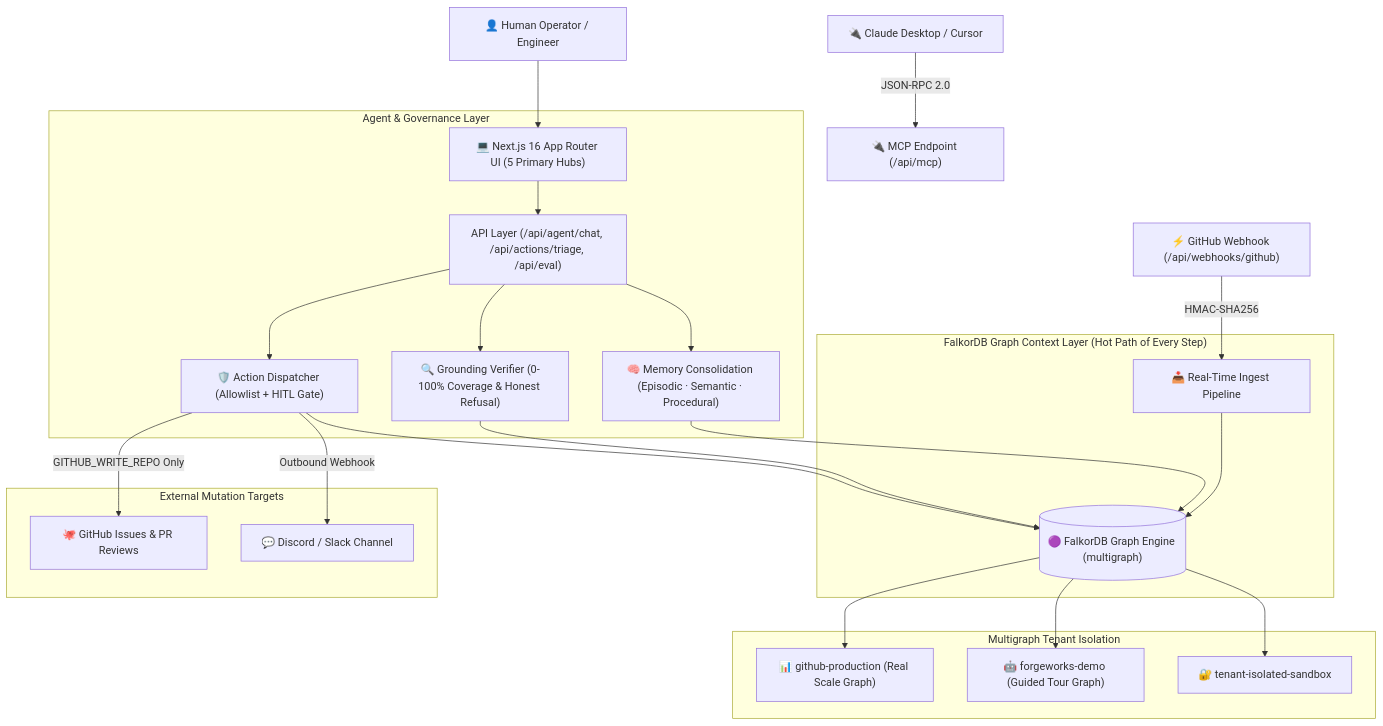
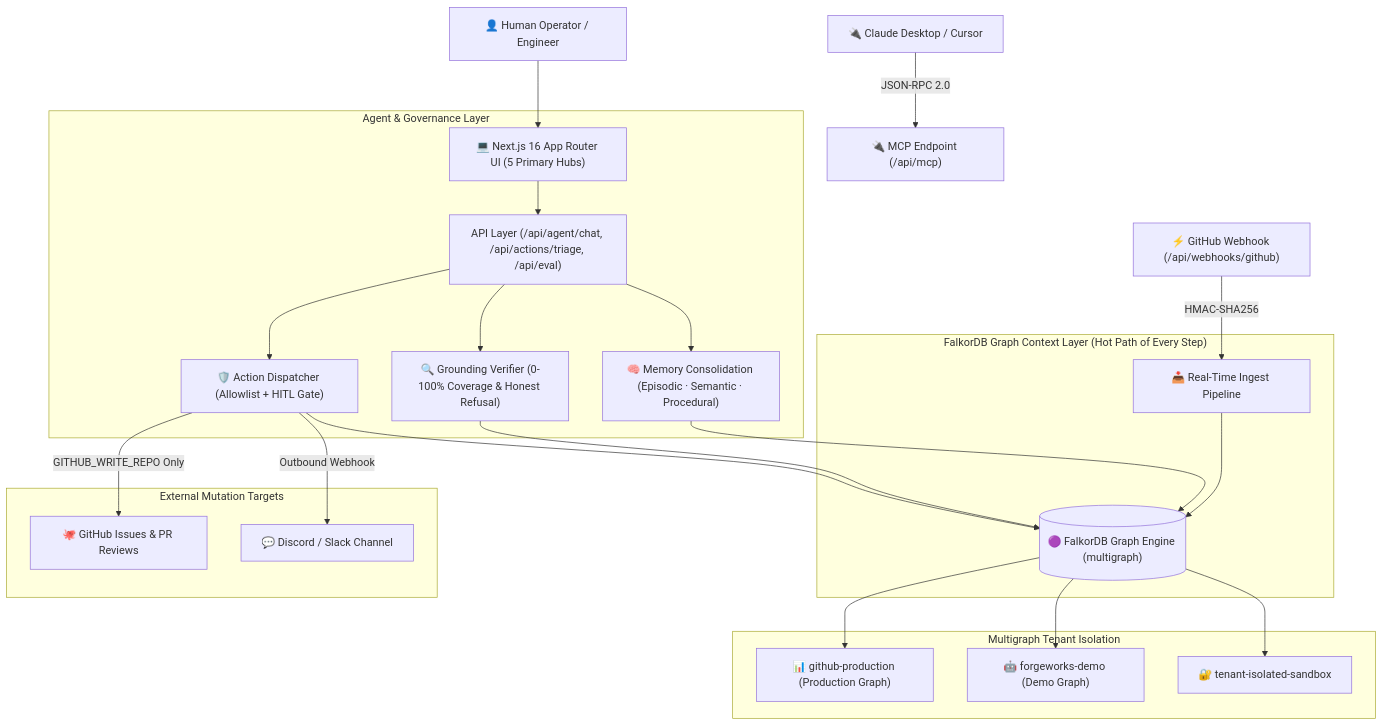
One commit to napraveen/Helix changed the diagram in README.md. Above: the diagram before and after it, drawn with Mermaid. The commit also changed other lines of this file and 1 other file, not shown here.

````diff
--- a/README.md
+++ b/README.md
@@ -83,31 +81,31 @@
 ```mermaid
 flowchart TD
     User["👤 Human Operator / Engineer"] --> UI["💻 Next.js 16 App Router UI (5 Primary Hubs)"]
     MCPClient["🔌 Claude Desktop / Cursor"] -->|JSON-RPC 2.0| MCPServer["🔌 MCP Endpoint (/api/mcp)"]
     GitHubWebhook["⚡ GitHub Webhook (/api/webhooks/github)"] -->|HMAC-SHA256| Ingest["📥 Real-Time Ingest Pipeline"]
 
     subgraph "Agent & Governance Layer"
         UI --> API["API Layer (/api/agent/chat, /api/actions/triage, /api/eval)"]
         API --> Dispatcher["🛡️ Action Dispatcher (Allowlist + HITL Gate)"]
         API --> Grounding["🔍 Grounding Verifier (0-100% Coverage & Honest Refusal)"]
         API --> Memory["🧠 Memory Consolidation (Episodic · Semantic · Procedural)"]
     end
 
     subgraph "FalkorDB Graph Context Layer (Hot Path of Every Step)"
         Dispatcher --> FalkorDB[("🟣 FalkorDB Graph Engine (multigraph)")]
         Grounding --> FalkorDB
         Memory --> FalkorDB
         Ingest --> FalkorDB
     end
 
     subgraph "Multigraph Tenant Isolation"
-        FalkorDB --> Tenant1["📊 github-production (Real Scale Graph)"]
-        FalkorDB --> Tenant2["🤖 forgeworks-demo (Guided Tour Graph)"]
+        FalkorDB --> Tenant1["📊 github-production (Production Graph)"]
+        FalkorDB --> Tenant2["🤖 forgeworks-demo (Demo Graph)"]
         FalkorDB --> Tenant3["🔐 tenant-isolated-sandbox"]
     end
 
     subgraph "External Mutation Targets"
         Dispatcher -->|GITHUB_WRITE_REPO Only| WriteRepo["🐙 GitHub Issues & PR Reviews"]
         Dispatcher -->|Outbound Webhook| Discord["💬 Discord / Slack Channel"]
     end
 ```
````
